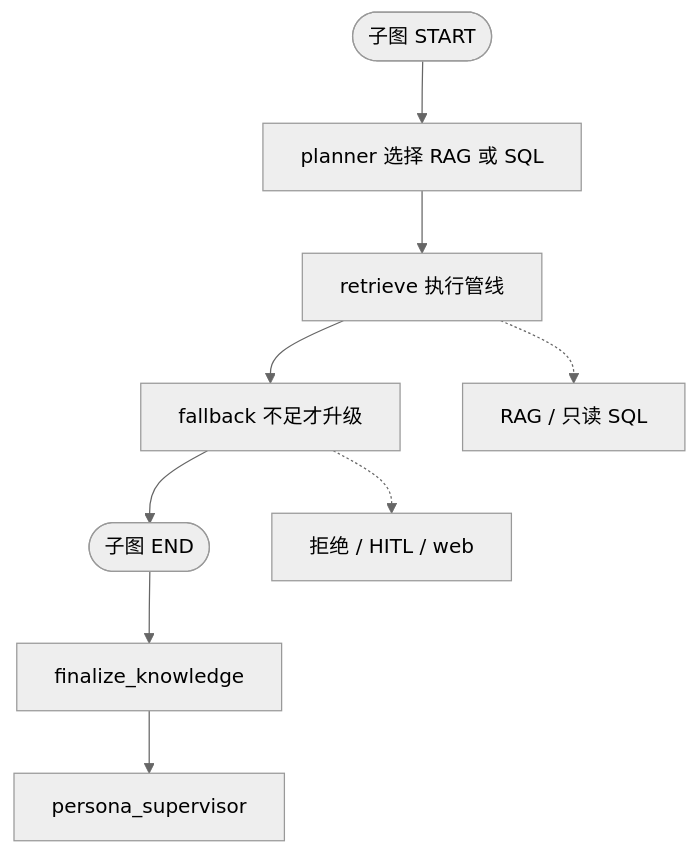
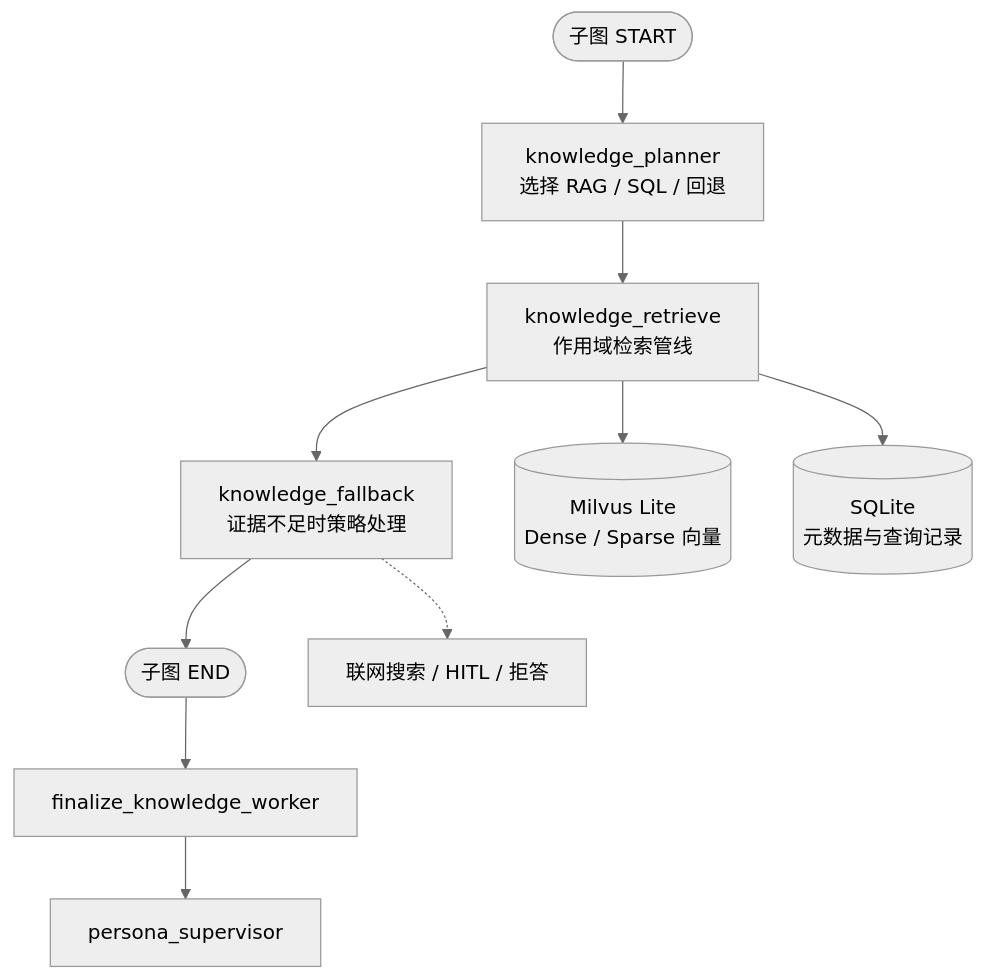
One commit to TKGEKKOU/yumeno changed the diagram in diagrams/yumeno-knowledge-subgraph.mmd. Above: the diagram before and after it, drawn with Mermaid (neutral theme). The commit also changed 10 other files, not shown here.

Commit message:
docs: refine README and architecture diagrams

```diff
--- a/diagrams/yumeno-knowledge-subgraph.mmd
+++ b/diagrams/yumeno-knowledge-subgraph.mmd
@@ -1,10 +1,16 @@
-%% knowledge：Planner + 确定性执行，不是 create_agent 工具循环
+%% knowledge_worker 是 Planner + 确定性检索子图
 flowchart TD
-  START([子图 START]) --> P[planner 选择 RAG 或 SQL]
-  P --> R[retrieve 执行管线]
-  R --> F[fallback 不足才升级]
-  F --> SE([子图 END])
-  SE --> FK[finalize_knowledge]
-  FK --> S[persona_supervisor]
-  R -.-> RAG[RAG / 只读 SQL]
-  F -.-> WEB[拒绝 / HITL / web]
+  START([子图 START]) --> P[knowledge_planner
+选择 RAG / SQL / 回退]
+  P --> R[knowledge_retrieve
+作用域检索管线]
+  R --> F[knowledge_fallback
+证据不足时策略处理]
+  F --> END([子图 END])
+  R --> VEC[(Milvus Lite
+Dense / Sparse 向量)]
+  R --> SQL[(SQLite
+元数据与查询记录)]
+  F -.-> WEB[联网搜索 / HITL / 拒答]
+  END --> FINAL[finalize_knowledge_worker]
+  FINAL --> SUP[persona_supervisor]
```
